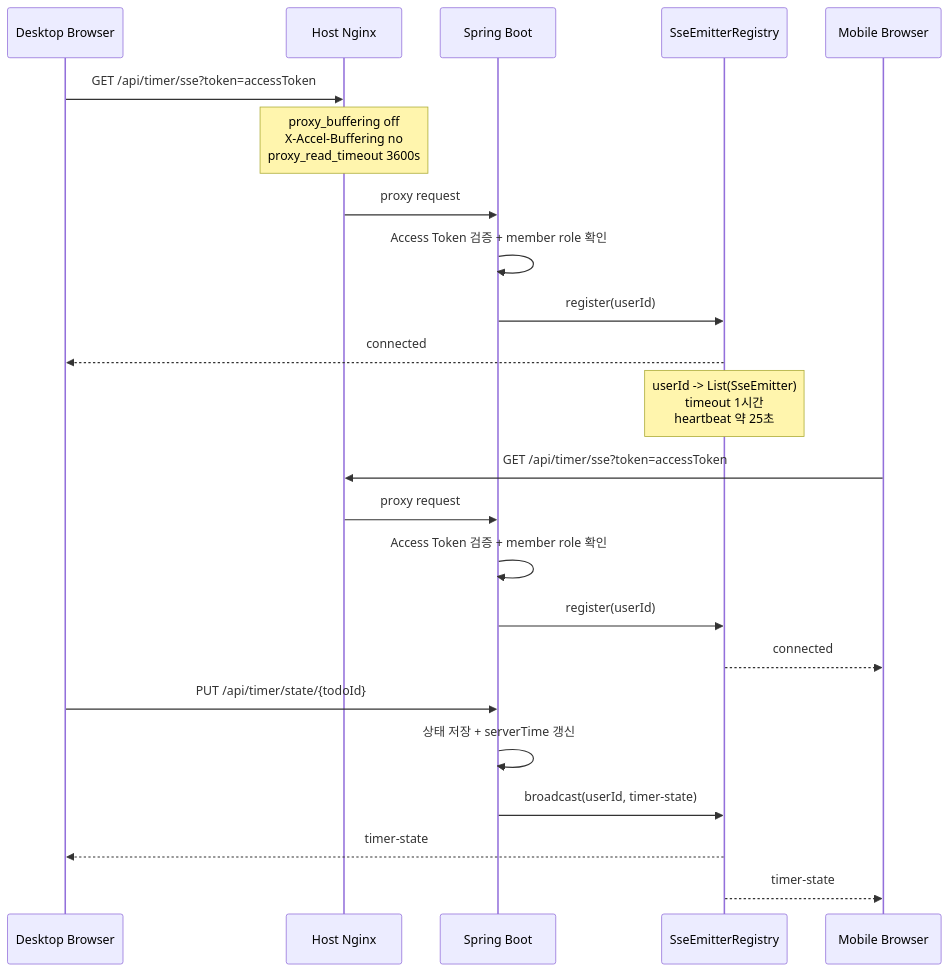
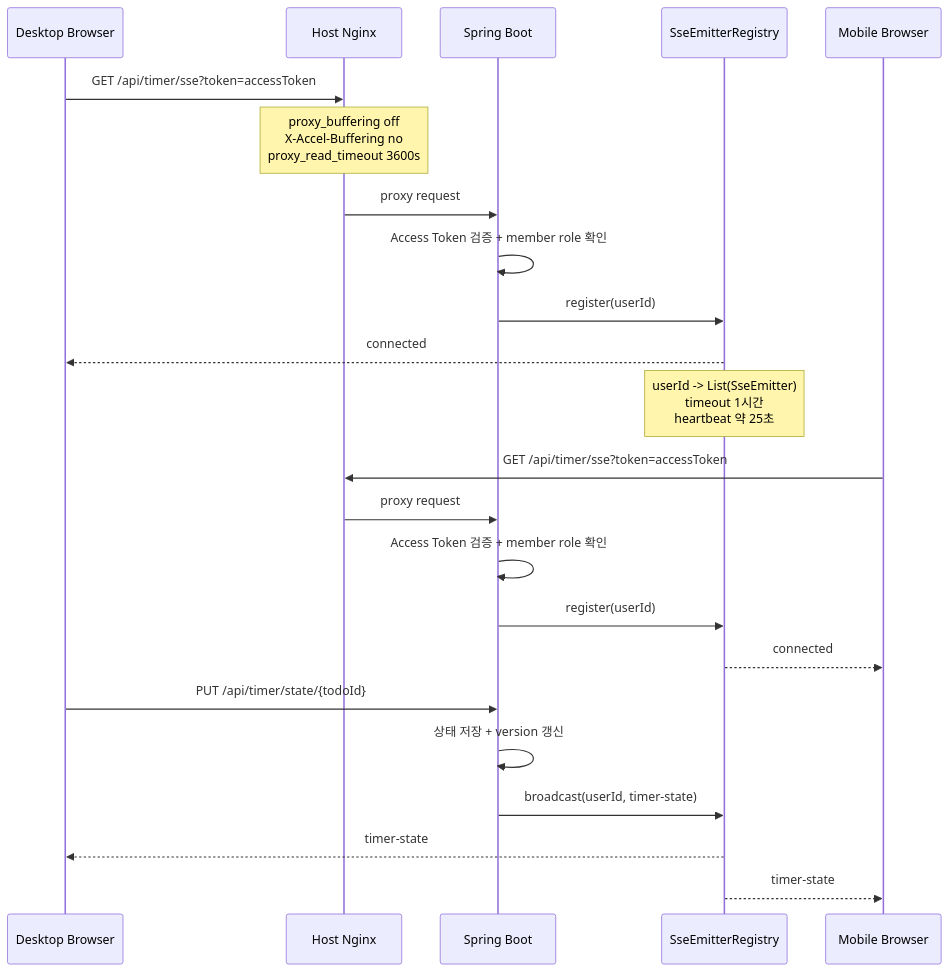
One commit to g1ennk/FlowMate changed the third of 4 diagrams in docs/architecture.md. Above: the diagram before and after it, drawn with Mermaid. The commit also changed 14 other files, not shown here.

````diff
--- a/docs/architecture.md
+++ b/docs/architecture.md
@@ -107,25 +107,25 @@
 ```mermaid
 sequenceDiagram
     participant D as Desktop Browser
     participant N as Host Nginx
     participant S as Spring Boot
     participant R as SseEmitterRegistry
     participant M as Mobile Browser
     D ->> N: GET /api/timer/sse?token=accessToken
     Note over N: proxy_buffering off<br/>X-Accel-Buffering no<br/>proxy_read_timeout 3600s
     N ->> S: proxy request
     S ->> S: Access Token 검증 + member role 확인
     S ->> R: register(userId)
     R -->> D: connected
     Note over R: userId -> List(SseEmitter)<br/>timeout 1시간<br/>heartbeat 약 25초
     M ->> N: GET /api/timer/sse?token=accessToken
     N ->> S: proxy request
     S ->> S: Access Token 검증 + member role 확인
     S ->> R: register(userId)
     R -->> M: connected
     D ->> S: PUT /api/timer/state/{todoId}
-    S ->> S: 상태 저장 + serverTime 갱신
+    S ->> S: 상태 저장 + version 갱신
     S ->> R: broadcast(userId, timer-state)
     R -->> D: timer-state
     R -->> M: timer-state
 ```
````
